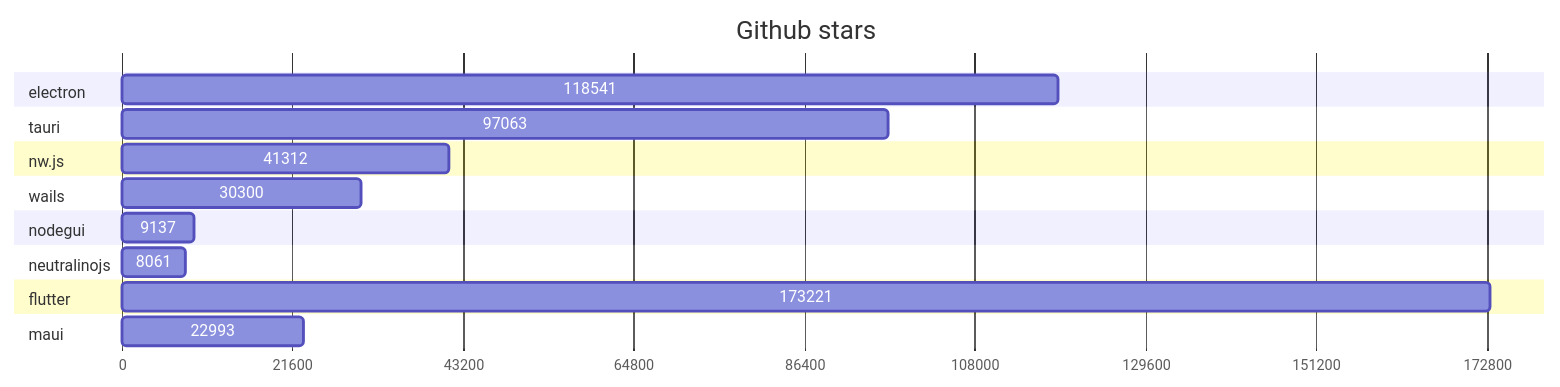
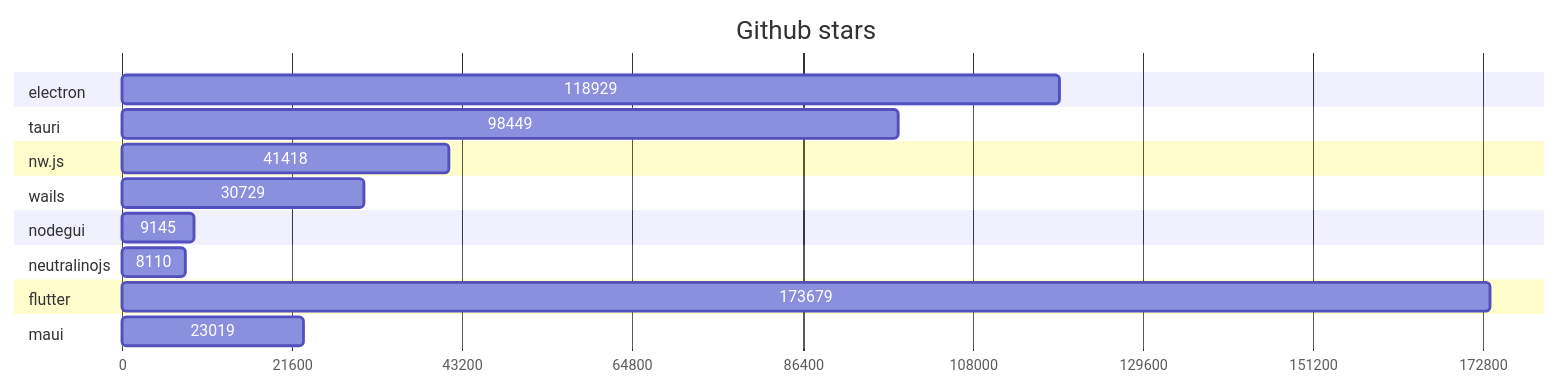
The first of 2 diagrams in GRAPHS.md (Elanis/web-to-desktop-framework-comparison), drawn with Mermaid before and after one commit. The commit also changed other lines of this file and 2 other files, not shown here.

Commit message:
Update stars & Fork

````diff
--- a/GRAPHS.md
+++ b/GRAPHS.md
@@ -5,40 +5,40 @@
 ```mermaid
 gantt
     title Github stars
     dateFormat  X
     axisFormat %s
 
 
 	section electron
-	118541 : 0, 118541
+	118929 : 0, 118929
 
 	
 	section tauri
-	97063 : 0, 97063
+	98449 : 0, 98449
 
 	
 	section nw.js
-	41312 : 0, 41312
+	41418 : 0, 41418
 
 	
 	section wails
-	30300 : 0, 30300
+	30729 : 0, 30729
 
 	
 	section nodegui
-	9137 : 0, 9137
+	9145 : 0, 9145
 
 	
 	section neutralinojs
-	8061 : 0, 8061
+	8110 : 0, 8110
 
 	
 	section flutter
-	173221 : 0, 173221
+	173679 : 0, 173679
 
 	
 	section maui
-	22993 : 0, 22993
+	23019 : 0, 23019
 
 	
 ```
````
